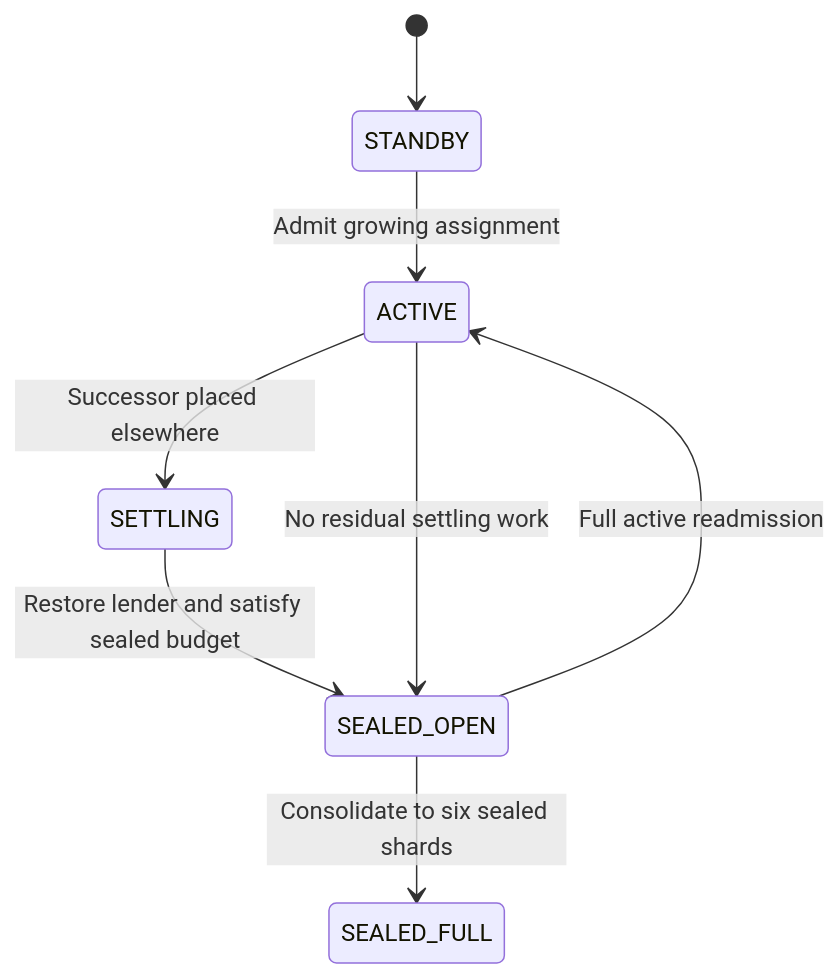
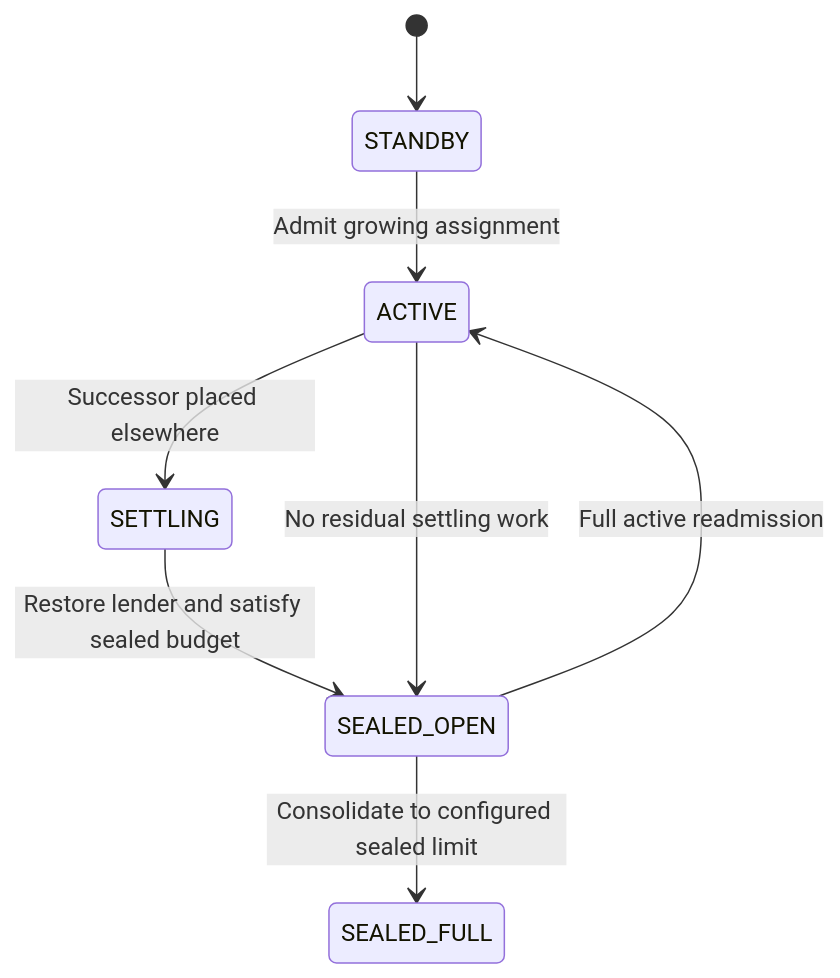
One commit to valargroup/wallet-pir changed the fourth of 6 diagrams in enhance/docs/architecture_2.md. Above: the diagram before and after it, drawn with Mermaid. The commit also changed other lines of this file and 43 other files, not shown here.

Commit message:
Add policy-bound seven-sealed placement and schema-11 deployment evidence

````diff
--- a/enhance/docs/architecture_2.md
+++ b/enhance/docs/architecture_2.md
@@ -459,10 +459,10 @@
 ```mermaid
 stateDiagram-v2
     [*] --> STANDBY
     STANDBY --> ACTIVE: Admit growing assignment
     ACTIVE --> SETTLING: Successor placed elsewhere
     SETTLING --> SEALED_OPEN: Restore lender and satisfy sealed budget
     ACTIVE --> SEALED_OPEN: No residual settling work
-    SEALED_OPEN --> SEALED_FULL: Consolidate to six sealed shards
+    SEALED_OPEN --> SEALED_FULL: Consolidate to configured sealed limit
     SEALED_OPEN --> ACTIVE: Full active readmission
 ```
````
